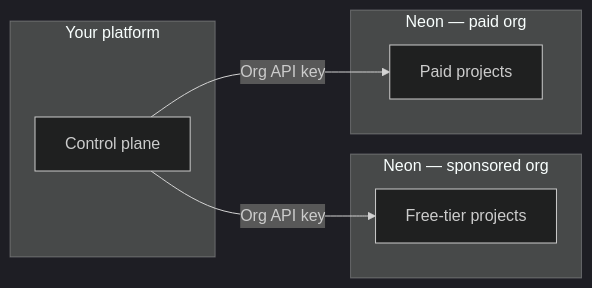
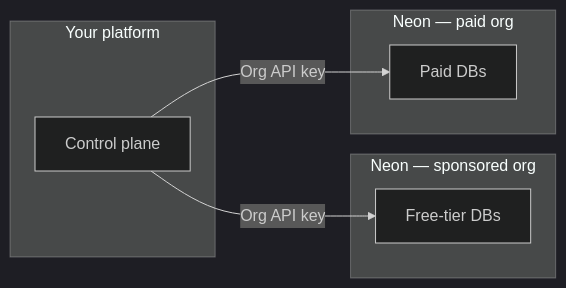
Before and after one commit to sav-maya/neon-for-agent-platforms: the diagram in README.md, drawn with Mermaid (dark theme). The commit also changed other lines of this file and 13 other files, not shown here.

````diff
--- a/README.md
+++ b/README.md
@@ -189,17 +115,14 @@
 ```mermaid
 flowchart LR
   subgraph yours [Your platform]
     CP[Control plane]
   end
-
   subgraph neon_free [Neon — sponsored org]
-    F[Free-tier projects]
+    F[Free-tier DBs]
   end
-
   subgraph neon_paid [Neon — paid org]
-    P[Paid projects]
+    P[Paid DBs]
   end
-
   CP -->|"Org API key"| F
   CP -->|"Org API key"| P
 ```
````
